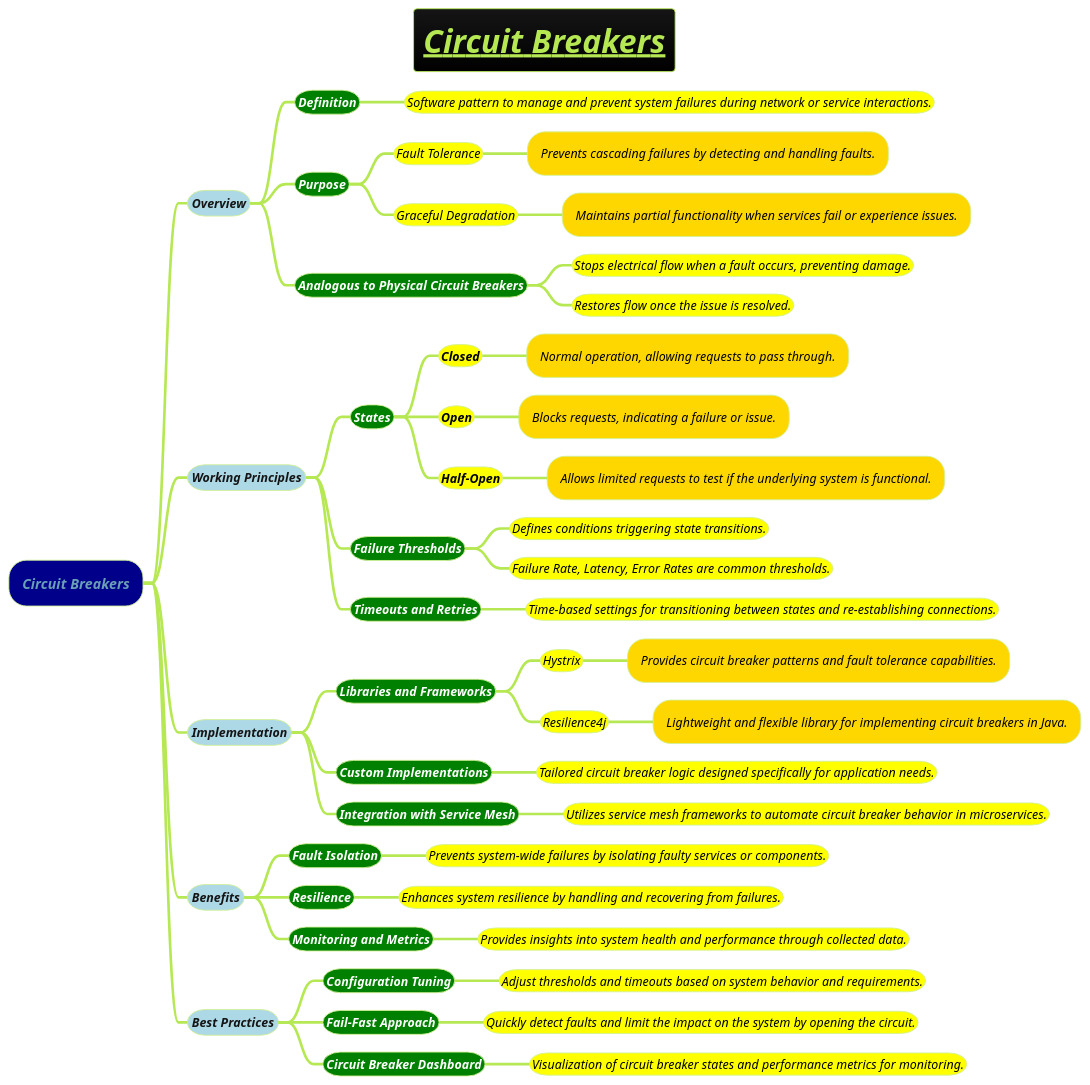
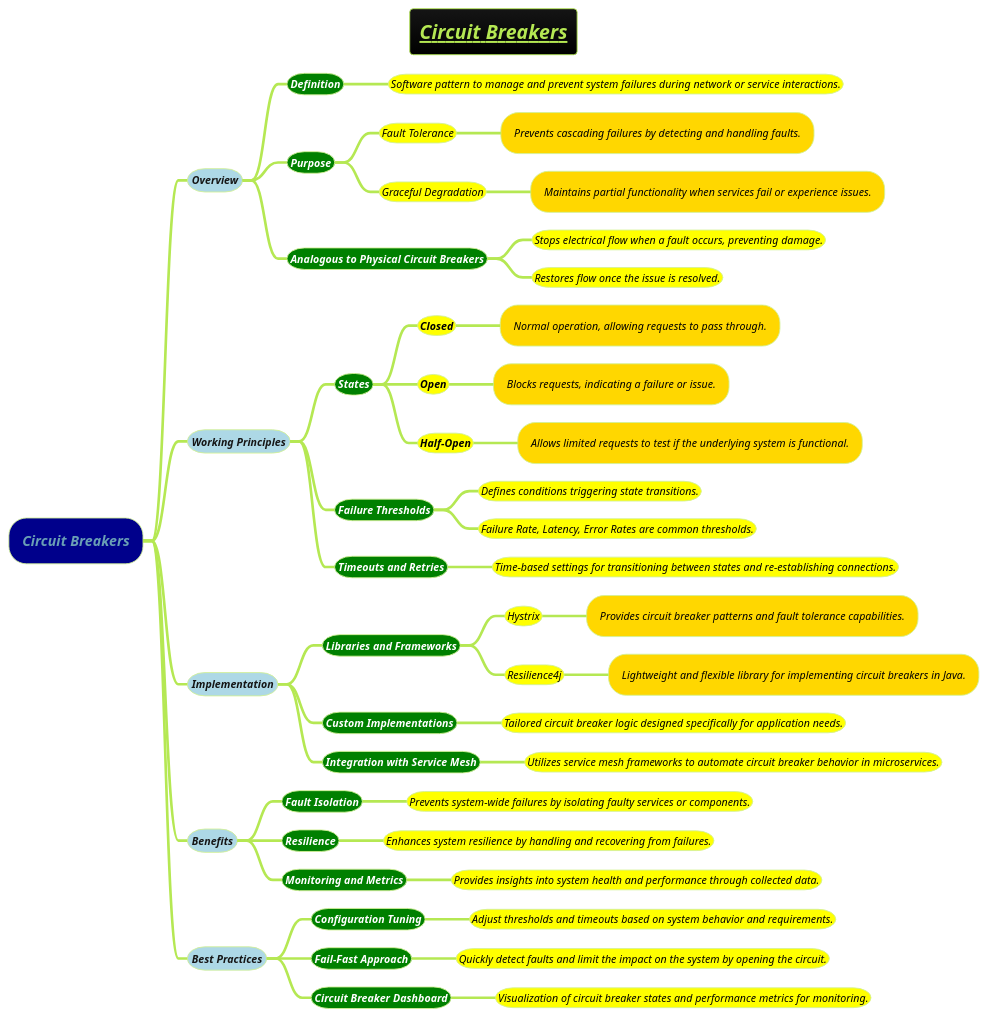
Before and after one commit to MehmoodHashmi/Documentation-as-Code-DaC: the diagram in docs/3-programming-languages/Venkat-Subramaniam/Circuit-Breaker.puml, drawn with PlantUML. The commit also changed 19 other files, not shown here.

```diff
--- a/docs/3-programming-languages/Venkat-Subramaniam/Circuit-Breaker.puml
+++ b/docs/3-programming-languages/Venkat-Subramaniam/Circuit-Breaker.puml
@@ -1,54 +1,54 @@
 @startmindmap
-title =<i><b><u>Circuit Breakers
+title =<i><b><u><size:18>Circuit Breakers
 !theme hacker
 
 *[#darkblue] <i>Circuit Breakers
-**[#lightblue] <i><color #blac><size:14>Overview
-***[#green] <b><i><color #white><size:14>Definition
-****[#yellow] <i><color #black><size:14>Software pattern to manage and prevent system failures during network or service interactions.
-***[#green] <b><i><color #white><size:14>Purpose
-****[#yellow] <i><color #black><size:14>Fault Tolerance
-*****[#gold] <i><color #black><size:14>Prevents cascading failures by detecting and handling faults.
-****[#yellow] <i><color #black><size:14>Graceful Degradation
-*****[#gold] <i><color #black><size:14>Maintains partial functionality when services fail or experience issues.
-***[#green] <b><i><color #white><size:14>Analogous to Physical Circuit Breakers
-****[#yellow] <i><color #black><size:14>Stops electrical flow when a fault occurs, preventing damage.
-****[#yellow] <i><color #black><size:14>Restores flow once the issue is resolved.
-**[#lightblue] <i><color #blac><size:14>Working Principles
-***[#green] <b><i><color #white><size:14>States
-****[#yellow] <i><color #black><size:14><b>Closed
-*****[#gold] <i><color #black><size:14>Normal operation, allowing requests to pass through.
-****[#yellow] <i><color #black><size:14><b>Open
-*****[#gold] <i><color #black><size:14>Blocks requests, indicating a failure or issue.
-****[#yellow] <i><color #black><size:14><b>Half-Open
-*****[#gold] <i><color #black><size:14>Allows limited requests to test if the underlying system is functional.
-***[#green] <b><i><color #white><size:14>Failure Thresholds
-****[#yellow] <i><color #black><size:14>Defines conditions triggering state transitions.
-****[#yellow] <i><color #black><size:14>Failure Rate, Latency, Error Rates are common thresholds.
-***[#green] <b><i><color #white><size:14>Timeouts and Retries
-****[#yellow] <i><color #black><size:14>Time-based settings for transitioning between states and re-establishing connections.
-**[#lightblue] <i><color #blac><size:14>Implementation
-***[#green] <b><i><color #white><size:14>Libraries and Frameworks
-****[#yellow] <i><color #black><size:14>Hystrix
-*****[#gold] <i><color #black><size:14>Provides circuit breaker patterns and fault tolerance capabilities.
-****[#yellow] <i><color #black><size:14>Resilience4j
-*****[#gold] <i><color #black><size:14>Lightweight and flexible library for implementing circuit breakers in Java.
-***[#green] <b><i><color #white><size:14>Custom Implementations
-****[#yellow] <i><color #black><size:14>Tailored circuit breaker logic designed specifically for application needs.
-***[#green] <b><i><color #white><size:14>Integration with Service Mesh
-****[#yellow] <i><color #black><size:14>Utilizes service mesh frameworks to automate circuit breaker behavior in microservices.
-**[#lightblue] <i><color #blac><size:14>Benefits
-***[#green] <b><i><color #white><size:14>Fault Isolation
-****[#yellow] <i><color #black><size:14>Prevents system-wide failures by isolating faulty services or components.
-***[#green] <b><i><color #white><size:14>Resilience
-****[#yellow] <i><color #black><size:14>Enhances system resilience by handling and recovering from failures.
-***[#green] <b><i><color #white><size:14>Monitoring and Metrics
-****[#yellow] <i><color #black><size:14>Provides insights into system health and performance through collected data.
-**[#lightblue] <i><color #blac><size:14>Best Practices
-***[#green] <b><i><color #white><size:14>Configuration Tuning
-****[#yellow] <i><color #black><size:14>Adjust thresholds and timeouts based on system behavior and requirements.
-***[#green] <b><i><color #white><size:14>Fail-Fast Approach
-****[#yellow] <i><color #black><size:14>Quickly detect faults and limit the impact on the system by opening the circuit.
-***[#green] <b><i><color #white><size:14>Circuit Breaker Dashboard
-****[#yellow] <i><color #black><size:14>Visualization of circuit breaker states and performance metrics for monitoring.
+**[#lightblue] <i><color #blac><size:12>Overview
+***[#green] <b><i><color #white><size:12>Definition
+****[#yellow] <i><color #black><size:12>Software pattern to manage and prevent system failures during network or service interactions.
+***[#green] <b><i><color #white><size:12>Purpose
+****[#yellow] <i><color #black><size:12>Fault Tolerance
+*****[#gold] <i><color #black><size:12>Prevents cascading failures by detecting and handling faults.
+****[#yellow] <i><color #black><size:12>Graceful Degradation
+*****[#gold] <i><color #black><size:12>Maintains partial functionality when services fail or experience issues.
+***[#green] <b><i><color #white><size:12>Analogous to Physical Circuit Breakers
+****[#yellow] <i><color #black><size:12>Stops electrical flow when a fault occurs, preventing damage.
+****[#yellow] <i><color #black><size:12>Restores flow once the issue is resolved.
+**[#lightblue] <i><color #blac><size:12>Working Principles
+***[#green] <b><i><color #white><size:12>States
+****[#yellow] <i><color #black><size:12><b>Closed
+*****[#gold] <i><color #black><size:12>Normal operation, allowing requests to pass through.
+****[#yellow] <i><color #black><size:12><b>Open
+*****[#gold] <i><color #black><size:12>Blocks requests, indicating a failure or issue.
+****[#yellow] <i><color #black><size:12><b>Half-Open
+*****[#gold] <i><color #black><size:12>Allows limited requests to test if the underlying system is functional.
+***[#green] <b><i><color #white><size:12>Failure Thresholds
+****[#yellow] <i><color #black><size:12>Defines conditions triggering state transitions.
+****[#yellow] <i><color #black><size:12>Failure Rate, Latency, Error Rates are common thresholds.
+***[#green] <b><i><color #white><size:12>Timeouts and Retries
+****[#yellow] <i><color #black><size:12>Time-based settings for transitioning between states and re-establishing connections.
+**[#lightblue] <i><color #blac><size:12>Implementation
+***[#green] <b><i><color #white><size:12>Libraries and Frameworks
+****[#yellow] <i><color #black><size:12>Hystrix
+*****[#gold] <i><color #black><size:12>Provides circuit breaker patterns and fault tolerance capabilities.
+****[#yellow] <i><color #black><size:12>Resilience4j
+*****[#gold] <i><color #black><size:12>Lightweight and flexible library for implementing circuit breakers in Java.
+***[#green] <b><i><color #white><size:12>Custom Implementations
+****[#yellow] <i><color #black><size:12>Tailored circuit breaker logic designed specifically for application needs.
+***[#green] <b><i><color #white><size:12>Integration with Service Mesh
+****[#yellow] <i><color #black><size:12>Utilizes service mesh frameworks to automate circuit breaker behavior in microservices.
+**[#lightblue] <i><color #blac><size:12>Benefits
+***[#green] <b><i><color #white><size:12>Fault Isolation
+****[#yellow] <i><color #black><size:12>Prevents system-wide failures by isolating faulty services or components.
+***[#green] <b><i><color #white><size:12>Resilience
+****[#yellow] <i><color #black><size:12>Enhances system resilience by handling and recovering from failures.
+***[#green] <b><i><color #white><size:12>Monitoring and Metrics
+****[#yellow] <i><color #black><size:12>Provides insights into system health and performance through collected data.
+**[#lightblue] <i><color #blac><size:12>Best Practices
+***[#green] <b><i><color #white><size:12>Configuration Tuning
+****[#yellow] <i><color #black><size:12>Adjust thresholds and timeouts based on system behavior and requirements.
+***[#green] <b><i><color #white><size:12>Fail-Fast Approach
+****[#yellow] <i><color #black><size:12>Quickly detect faults and limit the impact on the system by opening the circuit.
+***[#green] <b><i><color #white><size:12>Circuit Breaker Dashboard
+****[#yellow] <i><color #black><size:12>Visualization of circuit breaker states and performance metrics for monitoring.
 @endmindmap
```
